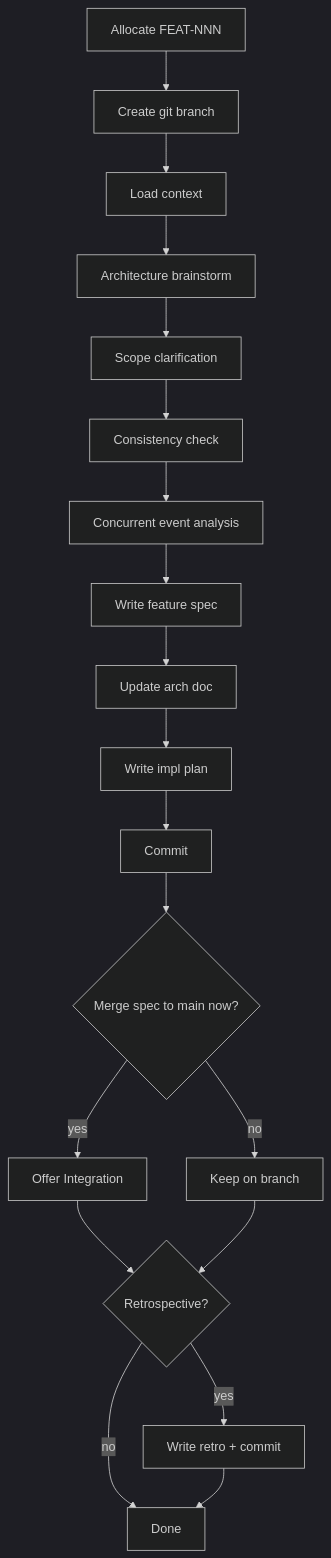
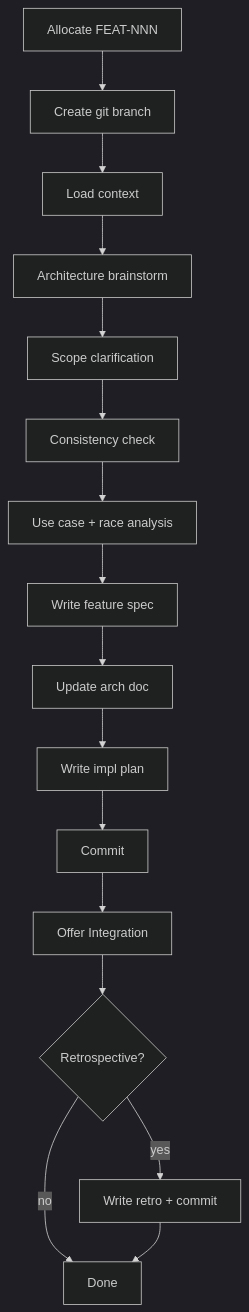
One commit to rbreunung/spring-kotlin-kafka-gradle-demo-2 changed the diagram in .claude/skills/feature-spec.md. Above: the diagram before and after it, drawn with Mermaid (dark theme). The commit also changed 5 other files, not shown here.

Commit message:
chore: fix flowchart labels to match current step text — feature-spec, bug-fix, retro-review

````diff
--- a/.claude/skills/feature-spec.md
+++ b/.claude/skills/feature-spec.md
@@ -8,21 +8,18 @@
 ```mermaid
 flowchart TD
     A[Allocate FEAT-NNN] --> B[Create git branch]
     B --> C[Load context]
     C --> D[Architecture brainstorm]
     D --> E[Scope clarification]
     E --> F[Consistency check]
-    F --> F2[Concurrent event analysis]
-    F2 --> G[Write feature spec]
-    G --> H[Update arch doc]
-    H --> I[Write impl plan]
-    I --> J[Commit]
-    J --> K{Merge spec to main now?}
-    K -->|yes| L[Offer Integration]
-    K -->|no| M[Keep on branch]
-    L --> N{Retrospective?}
-    M --> N
-    N -->|yes| O[Write retro + commit]
-    N -->|no| P[Done]
-    O --> P
+    F --> G[Use case + race analysis]
+    G --> H[Write feature spec]
+    H --> I[Update arch doc]
+    I --> J[Write impl plan]
+    J --> K[Commit]
+    K --> L[Offer Integration]
+    L --> M{Retrospective?}
+    M -->|yes| N[Write retro + commit]
+    M -->|no| O[Done]
+    N --> O
 ```
````
